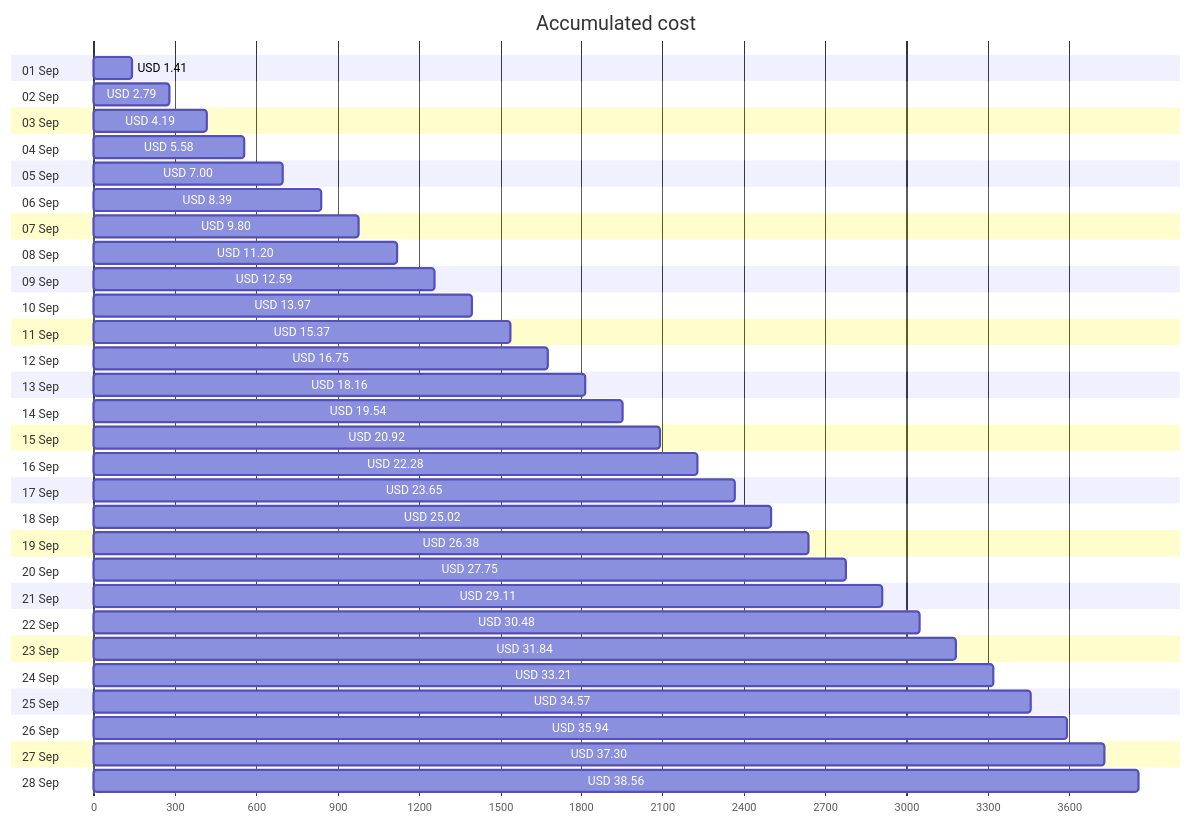
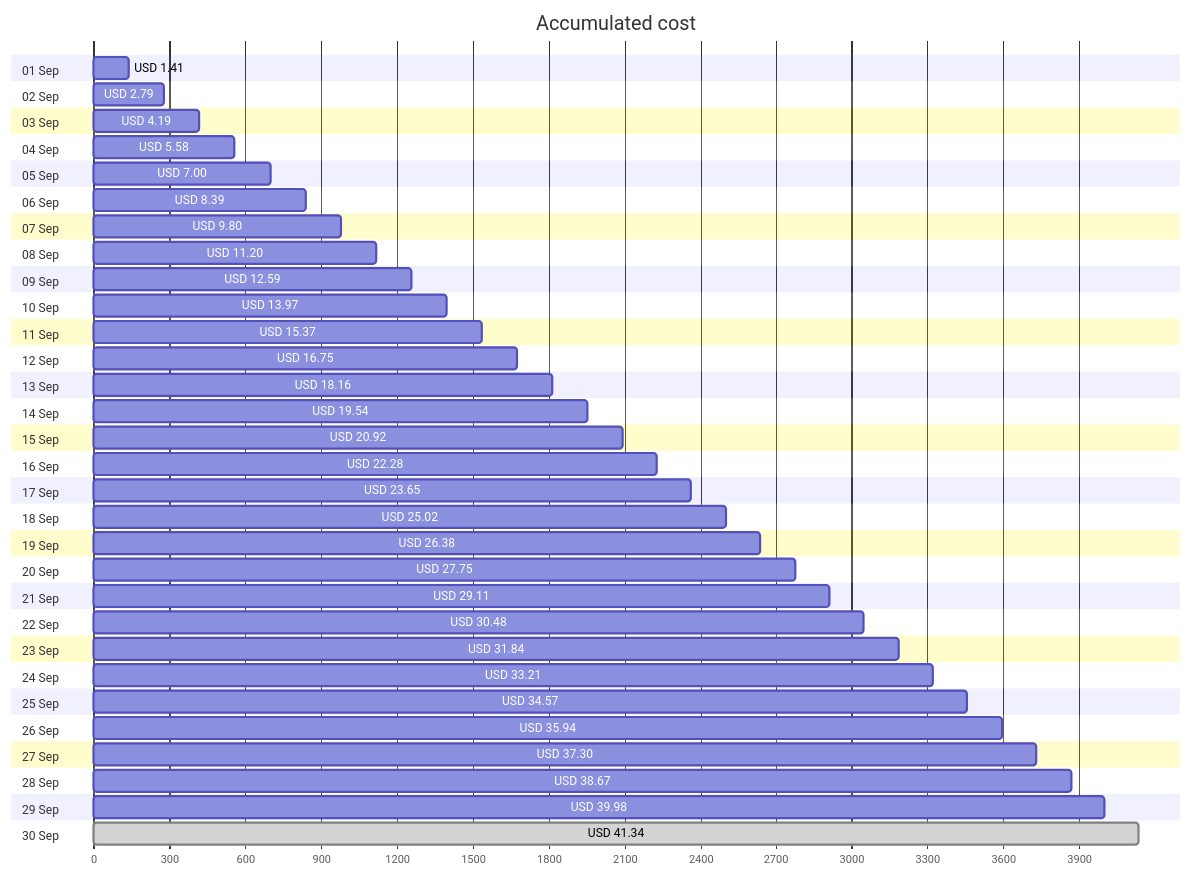
Before and after one commit to jpfulton/azure-personal-reports: the first of 4 diagrams in cost-reports/personal-network/backup-data-disk.md, drawn with Mermaid. The commit also changed other lines of this file and 9 other files, not shown here.

````diff
--- a/cost-reports/personal-network/backup-data-disk.md
+++ b/cost-reports/personal-network/backup-data-disk.md
@@ -20,62 +20,66 @@
 ```mermaid
 gantt
    title Accumulated cost
    dateFormat  X
    axisFormat %s
    section 01 Sep
    USD 1.41 :0, 141
    section 02 Sep
    USD 2.79 :0, 279
    section 03 Sep
    USD 4.19 :0, 419
    section 04 Sep
    USD 5.58 :0, 558
    section 05 Sep
    USD 7.00 :0, 700
    section 06 Sep
    USD 8.39 :0, 839
    section 07 Sep
    USD 9.80 :0, 980
    section 08 Sep
    USD 11.20 :0, 1120
    section 09 Sep
    USD 12.59 :0, 1259
    section 10 Sep
    USD 13.97 :0, 1397
    section 11 Sep
    USD 15.37 :0, 1537
    section 12 Sep
    USD 16.75 :0, 1675
    section 13 Sep
    USD 18.16 :0, 1816
    section 14 Sep
    USD 19.54 :0, 1954
    section 15 Sep
    USD 20.92 :0, 2092
    section 16 Sep
    USD 22.28 :0, 2228
    section 17 Sep
    USD 23.65 :0, 2365
    section 18 Sep
    USD 25.02 :0, 2502
    section 19 Sep
    USD 26.38 :0, 2638
    section 20 Sep
    USD 27.75 :0, 2775
    section 21 Sep
    USD 29.11 :0, 2911
    section 22 Sep
    USD 30.48 :0, 3048
    section 23 Sep
    USD 31.84 :0, 3184
    section 24 Sep
    USD 33.21 :0, 3321
    section 25 Sep
    USD 34.57 :0, 3457
    section 26 Sep
    USD 35.94 :0, 3594
    section 27 Sep
    USD 37.30 :0, 3730
    section 28 Sep
-   USD 38.56 :0, 3856
+   USD 38.67 :0, 3867
+   section 29 Sep
+   USD 39.98 :0, 3998
+   section 30 Sep
+   USD 41.34 : done, 0, 4134
 ```
````
